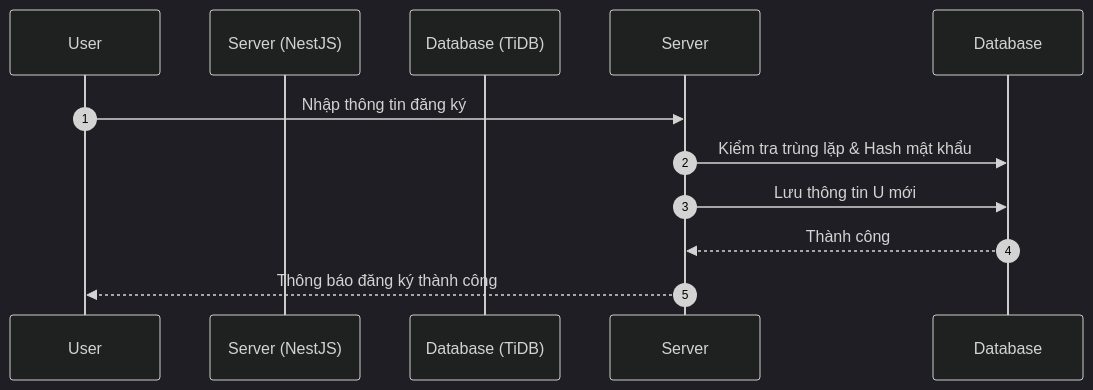
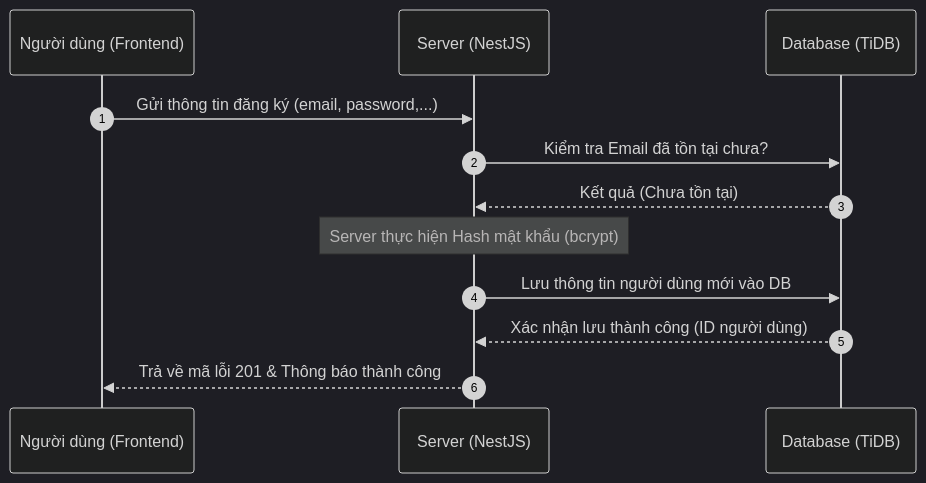
The first of 25 diagrams in doc.md (Loisori/SCI-ITF-Canhan42_TrinhSuTruongThi), drawn with Mermaid (dark theme) before and after one commit. The commit also changed other lines of this file and 1 other file, not shown here.

````diff
--- a/doc.md
+++ b/doc.md
@@ -1085,13 +1085,18 @@
 ```mermaid
 sequenceDiagram
     autonumber
-    participant U as User
+    participant U as Người dùng (Frontend)
     participant S as Server (NestJS)
     participant D as Database (TiDB)
 
-    U->>Server: Nhập thông tin đăng ký
-    Server->>Database: Kiểm tra trùng lặp & Hash mật khẩu
-    Server->>Database: Lưu thông tin U mới
-    Database-->>Server: Thành công
-    Server-->>U: Thông báo đăng ký thành công
+    U->>S: Gửi thông tin đăng ký (email, password,...)
+    S->>D: Kiểm tra Email đã tồn tại chưa?
+    D-->>S: Kết quả (Chưa tồn tại)
+    
+    Note over S: Server thực hiện Hash mật khẩu (bcrypt)
+    
+    S->>D: Lưu thông tin người dùng mới vào DB
+    D-->>S: Xác nhận lưu thành công (ID người dùng)
+    
+    S-->>U: Trả về mã lỗi 201 & Thông báo thành công
 ```
````
